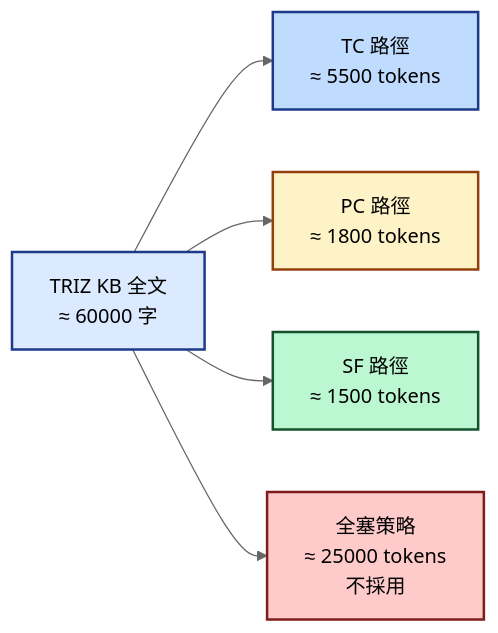
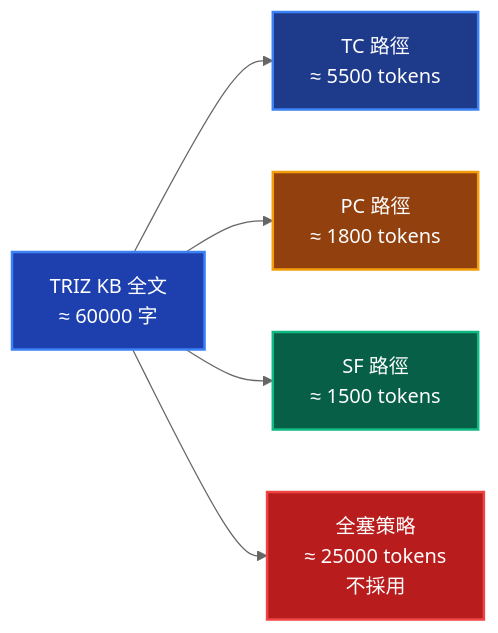
Diagram 23 of 31 in docs/01-define/diagrams/appendix-b--forward-triz-solver.md (Zenobia0000/RD_copilot_system), drawn with Mermaid before and after one commit. The commit also changed other lines of this file and 10 other files, not shown here.

First line of the commit message:
docs(diagrams): Gate 審計修復 + diagrams 缺失補齊 + Mermaid 暗色配色

````diff
--- a/docs/01-define/diagrams/appendix-b--forward-triz-solver.md
+++ b/docs/01-define/diagrams/appendix-b--forward-triz-solver.md
@@ -1064,14 +1064,14 @@
 ```mermaid
 %%{init: {'theme': 'neutral'}}%%
 flowchart LR
     KB[TRIZ KB 全文<br/>≈ 60000 字] --> TC[TC 路徑<br/>≈ 5500 tokens]
     KB --> PC[PC 路徑<br/>≈ 1800 tokens]
     KB --> SF[SF 路徑<br/>≈ 1500 tokens]
     KB --> Bad[全塞策略<br/>≈ 25000 tokens<br/>不採用]
 
-    style KB fill:#dbeafe,stroke:#1e3a8a,stroke-width:2px,color:#000
-    style TC fill:#bfdbfe,stroke:#1e3a8a,stroke-width:2px,color:#000
-    style PC fill:#fef3c7,stroke:#92400e,stroke-width:2px,color:#000
-    style SF fill:#bbf7d0,stroke:#14532d,stroke-width:2px,color:#000
-    style Bad fill:#fecaca,stroke:#7f1d1d,stroke-width:2px,color:#000
+    style KB fill:#1E40AF,color:#fff,stroke:#3B82F6,stroke-width:2px
+    style TC fill:#1E3A8A,color:#fff,stroke:#3B82F6,stroke-width:2px
+    style PC fill:#92400E,color:#fff,stroke:#F59E0B,stroke-width:2px
+    style SF fill:#065F46,color:#fff,stroke:#10B981,stroke-width:2px
+    style Bad fill:#B91C1C,color:#fff,stroke:#EF4444,stroke-width:2px
 ```
````
